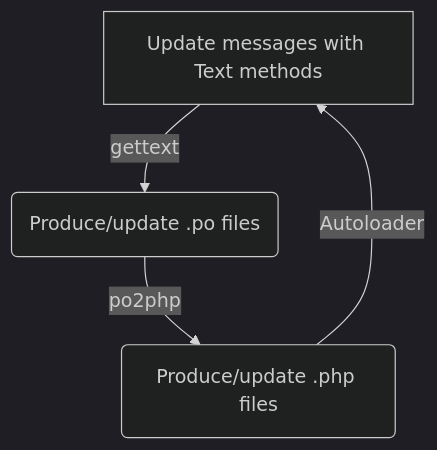
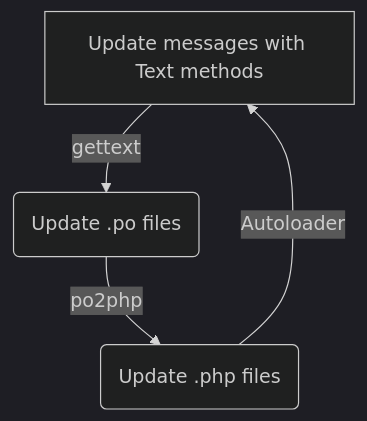
One commit to vertilia/text changed the diagram in README.md. Above: the diagram before and after it, drawn with Mermaid (dark theme). The commit also changed other lines of this file and 4 other files, not shown here.

````diff
--- a/README.md
+++ b/README.md
@@ -74,6 +128,6 @@
 ```mermaid
 graph
-    A[Update messages with Text methods] -->|gettext| B(Produce/update .po files)
-    B -->|po2php| C(Produce/update .php files)
+    A[Update messages with Text methods] -->|gettext| B(Update .po files)
+    B -->|po2php| C(Update .php files)
     C -->|Autoloader| A
 ```
````
